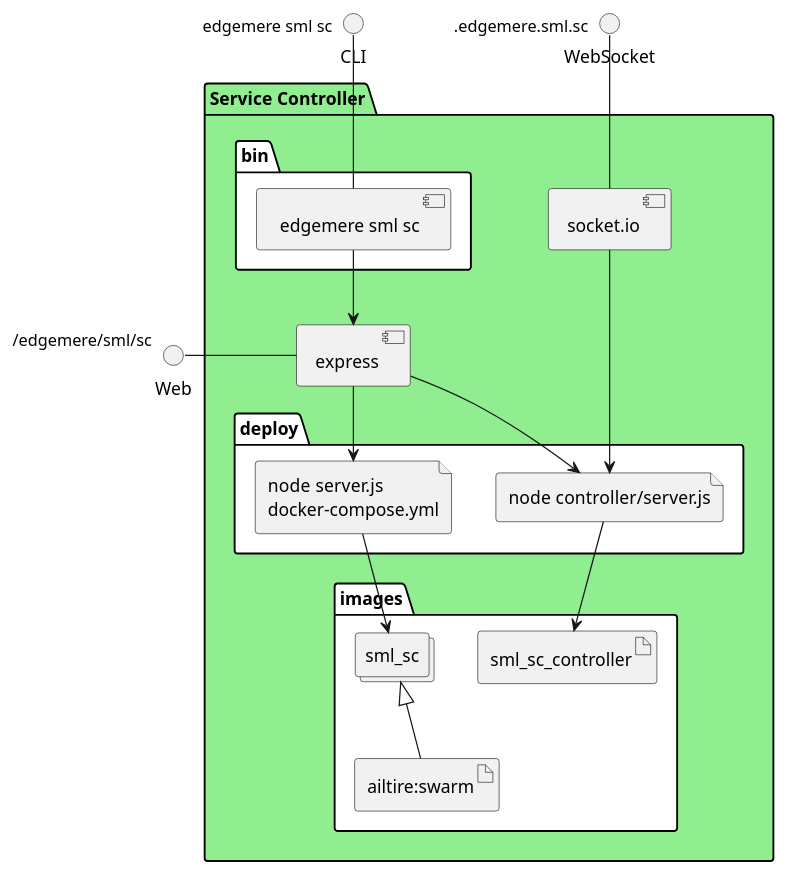
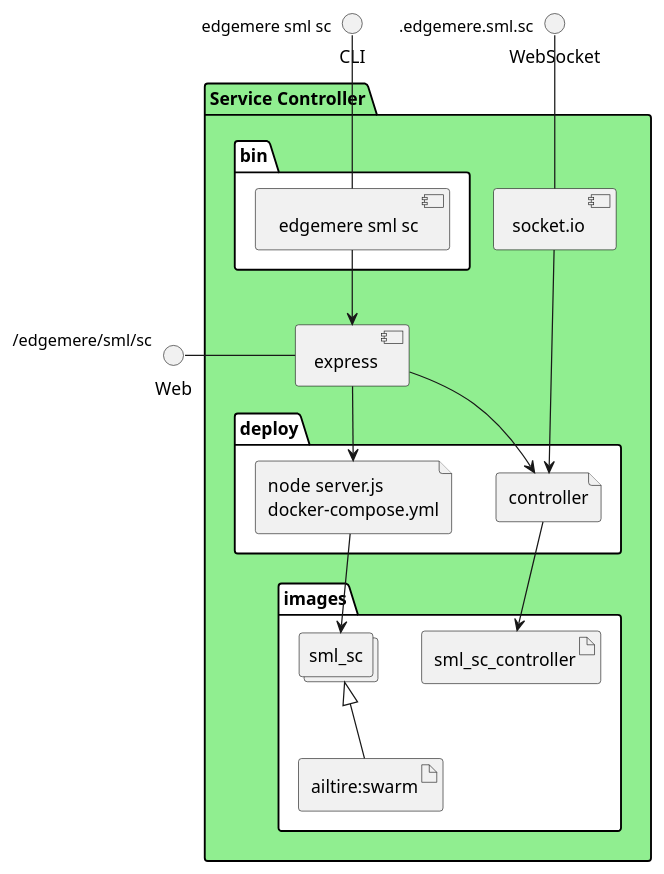
Before and after one commit to madajaju/edgemere: the diagram in docs/edgemere/sml/sc/envs/dev/physical.puml, drawn with PlantUML. The commit also changed 1701 other files, not shown here.

```diff
--- a/docs/edgemere/sml/sc/envs/dev/physical.puml
+++ b/docs/edgemere/sml/sc/envs/dev/physical.puml
@@ -1,39 +1,39 @@
 @startuml
   interface CLI
   interface Web
   interface WebSocket
 package "Service Controller" #lightgreen {
   component express as REST
   component socket.io as socket
   folder bin #ffffff {
     component " edgemere sml sc" as binName
   }
   binName --> REST
 
   folder deploy #ffffff {
       file "node server.js\ndocker-compose.yml" as sml_sc_container
       REST --> sml_sc_container
 
   
-    file "node controller/server.js" as controller_container
+    file "controller" as controller_container
     REST --> controller_container
     socket ---> controller_container
   
   }
   folder images #ffffff {
     collections "sml_sc" as sml_scimage
     artifact "ailtire:swarm" as ailtireswarm
     sml_scimage <|-- ailtireswarm
     sml_sc_container --> sml_scimage
 
   
       artifact sml_sc_controller
       controller_container --> sml_sc_controller
     
   }
 }
 CLI " edgemere sml sc" -- binName
 Web "/edgemere/sml/sc" - REST
 WebSocket ".edgemere.sml.sc" -- socket
 
 @enduml
```
